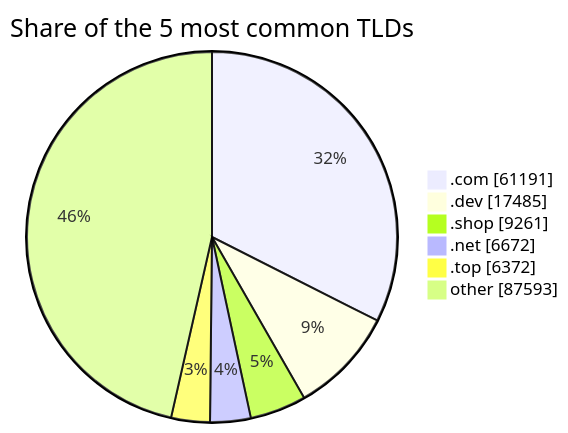
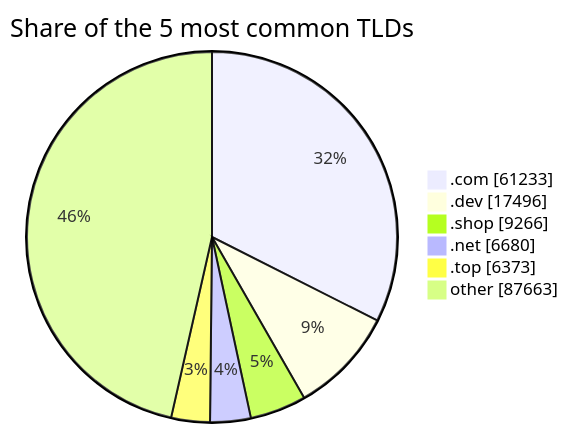
Before and after one commit to DNSBunker/CTI: the third of 3 diagrams in README.md, drawn with Mermaid. The commit also changed other lines of this file and 3 other files, not shown here.

````diff
--- a/README.md
+++ b/README.md
@@ -81,9 +81,9 @@
 ```mermaid
 pie showData title Share of the 5 most common TLDs
-    ".com" : 61191
-    ".dev" : 17485
-    ".shop" : 9261
-    ".net" : 6672
-    ".top" : 6372
-    "other" : 87593
+    ".com" : 61233
+    ".dev" : 17496
+    ".shop" : 9266
+    ".net" : 6680
+    ".top" : 6373
+    "other" : 87663
 ```
````
